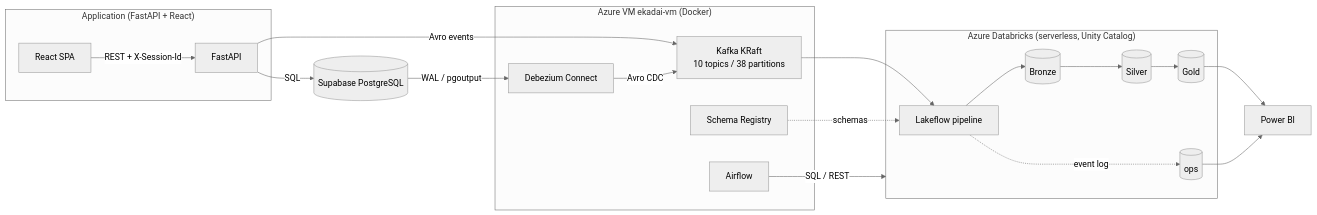
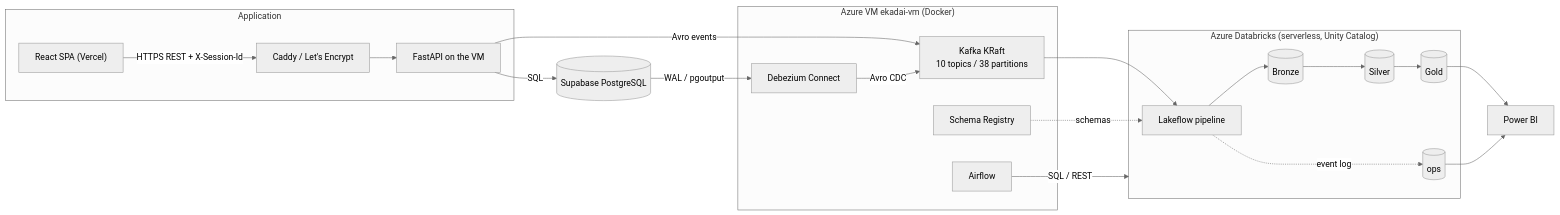
The diagram in docs/architecture.md (sidharth131102/ekadai), drawn with Mermaid (neutral theme) before and after one commit. The commit also changed other lines of this file and 6 other files, not shown here.

````diff
--- a/docs/architecture.md
+++ b/docs/architecture.md
@@ -21,25 +23,26 @@
 ```mermaid
 flowchart LR
-  subgraph App["Application (FastAPI + React)"]
-    UI[React SPA] -->|REST + X-Session-Id| API[FastAPI]
+  subgraph App["Application"]
+    UI["React SPA (Vercel)"] -->|HTTPS REST + X-Session-Id| CADDY[Caddy / Let's Encrypt]
+    CADDY --> API[FastAPI on the VM]
   end
   API -->|SQL| PG[(Supabase PostgreSQL)]
   API -->|Avro events| K
   PG -->|WAL / pgoutput| DBZ[Debezium Connect]
   subgraph VM["Azure VM ekadai-vm (Docker)"]
     K[Kafka KRaft\n10 topics / 38 partitions]
     SR[Schema Registry]
     DBZ
     AF[Airflow]
   end
   DBZ -->|Avro CDC| K
   K --> DLT
   SR -.schemas.-> DLT
   subgraph DBX["Azure Databricks (serverless, Unity Catalog)"]
     DLT[Lakeflow pipeline] --> B[(Bronze)] --> S[(Silver)] --> G[(Gold)]
     DLT -.event log.-> OPS[(ops)]
   end
   AF -->|SQL / REST| DBX
   G --> PBI[Power BI]
   OPS --> PBI
 ```
````
